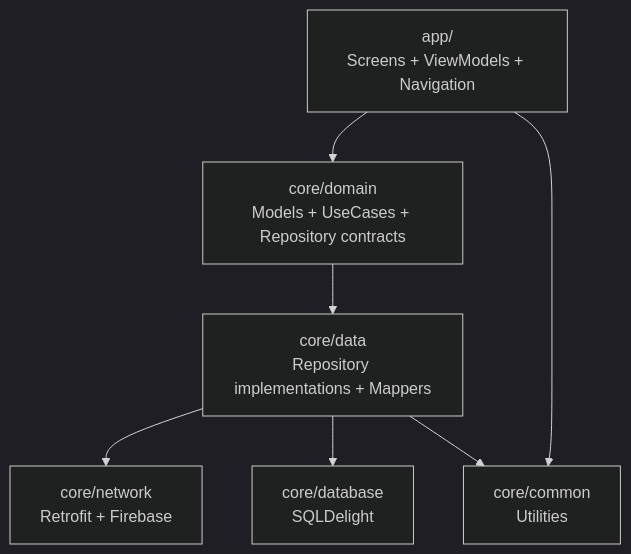
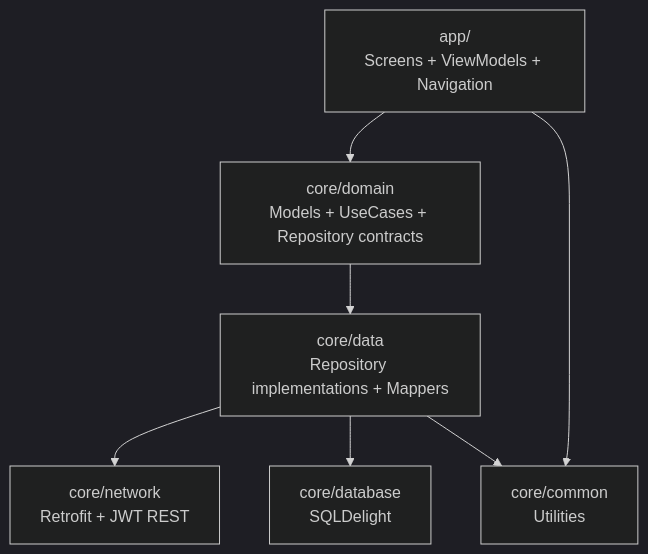
The fourth of 9 diagrams in README.md (transparenciapublicadev/plataforma-saip-apelaciones), drawn with Mermaid (dark theme) before and after one commit. The commit also changed other lines of this file and 15 other files, not shown here.

````diff
--- a/README.md
+++ b/README.md
@@ -247,16 +247,16 @@
 ```mermaid
 flowchart TB
     UI["app/\nScreens + ViewModels + Navigation"]
     Domain["core/domain\nModels + UseCases + Repository contracts"]
     Data["core/data\nRepository implementations + Mappers"]
-    Network["core/network\nRetrofit + Firebase"]
+    Network["core/network\nRetrofit + JWT REST"]
     Database["core/database\nSQLDelight"]
     Common["core/common\nUtilities"]
 
     UI --> Domain
     Domain --> Data
     Data --> Network
     Data --> Database
     UI --> Common
     Data --> Common
 ```
````
